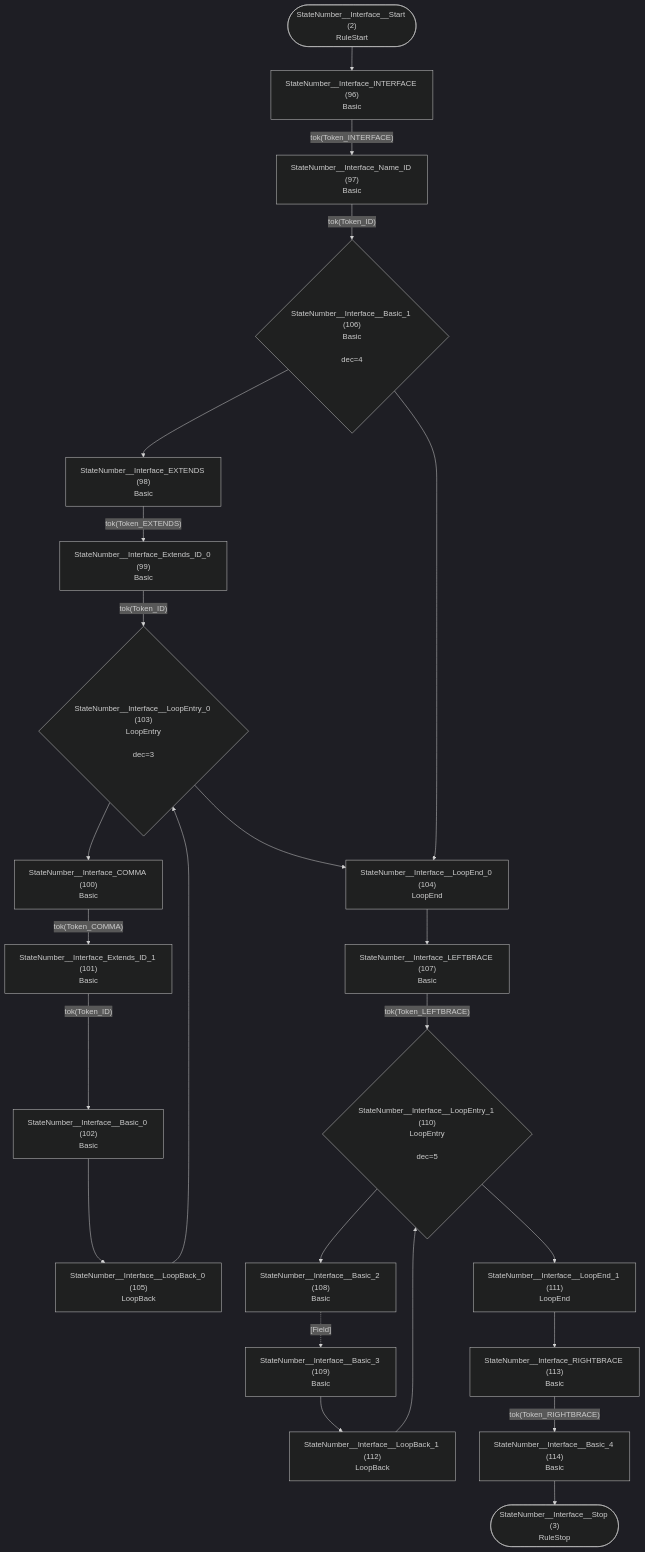
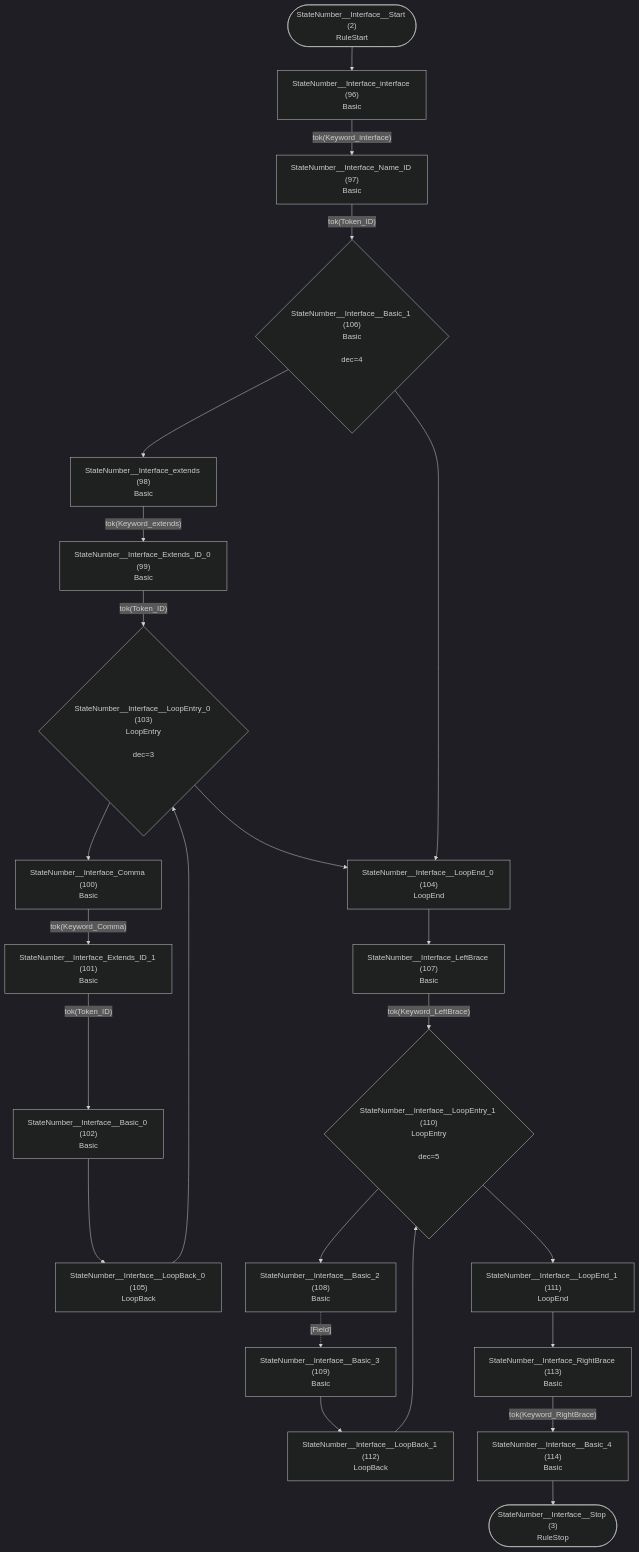
The second of 37 diagrams in internal/grammar/atn.md (TypeFox/fastbelt), drawn with Mermaid (dark theme) before and after one commit. The commit also changed other lines of this file and 7 other files, not shown here.

````diff
--- a/internal/grammar/atn.md
+++ b/internal/grammar/atn.md
@@ -66,48 +66,48 @@
 ```mermaid
 flowchart TD
     q2(["StateNumber__Interface__Start (2)<br/>RuleStart"])
     q3(["StateNumber__Interface__Stop (3)<br/>RuleStop"])
-    q96["StateNumber__Interface_INTERFACE (96)<br/>Basic<br/>"]
+    q96["StateNumber__Interface_interface (96)<br/>Basic<br/>"]
     q97["StateNumber__Interface_Name_ID (97)<br/>Basic<br/>"]
-    q98["StateNumber__Interface_EXTENDS (98)<br/>Basic<br/>"]
+    q98["StateNumber__Interface_extends (98)<br/>Basic<br/>"]
     q99["StateNumber__Interface_Extends_ID_0 (99)<br/>Basic<br/>"]
-    q100["StateNumber__Interface_COMMA (100)<br/>Basic<br/>"]
+    q100["StateNumber__Interface_Comma (100)<br/>Basic<br/>"]
     q101["StateNumber__Interface_Extends_ID_1 (101)<br/>Basic<br/>"]
     q102["StateNumber__Interface__Basic_0 (102)<br/>Basic<br/>"]
     q103{"StateNumber__Interface__LoopEntry_0 (103)<br/>LoopEntry<br/><br/>dec=3"}
     q104["StateNumber__Interface__LoopEnd_0 (104)<br/>LoopEnd<br/>"]
     q105["StateNumber__Interface__LoopBack_0 (105)<br/>LoopBack<br/>"]
     q106{"StateNumber__Interface__Basic_1 (106)<br/>Basic<br/><br/>dec=4"}
-    q107["StateNumber__Interface_LEFTBRACE (107)<br/>Basic<br/>"]
+    q107["StateNumber__Interface_LeftBrace (107)<br/>Basic<br/>"]
     q108["StateNumber__Interface__Basic_2 (108)<br/>Basic<br/>"]
     q109["StateNumber__Interface__Basic_3 (109)<br/>Basic<br/>"]
     q110{"StateNumber__Interface__LoopEntry_1 (110)<br/>LoopEntry<br/><br/>dec=5"}
     q111["StateNumber__Interface__LoopEnd_1 (111)<br/>LoopEnd<br/>"]
     q112["StateNumber__Interface__LoopBack_1 (112)<br/>LoopBack<br/>"]
-    q113["StateNumber__Interface_RIGHTBRACE (113)<br/>Basic<br/>"]
+    q113["StateNumber__Interface_RightBrace (113)<br/>Basic<br/>"]
     q114["StateNumber__Interface__Basic_4 (114)<br/>Basic<br/>"]
 
     q2 --> q96
-    q96 -->|"tok(Token_INTERFACE)"| q97
+    q96 -->|"tok(Keyword_interface)"| q97
     q97 -->|"tok(Token_ID)"| q106
-    q98 -->|"tok(Token_EXTENDS)"| q99
+    q98 -->|"tok(Keyword_extends)"| q99
     q99 -->|"tok(Token_ID)"| q103
-    q100 -->|"tok(Token_COMMA)"| q101
+    q100 -->|"tok(Keyword_Comma)"| q101
     q101 -->|"tok(Token_ID)"| q102
     q102 --> q105
     q103 --> q100
     q103 --> q104
     q104 --> q107
     q105 --> q103
     q106 --> q98
     q106 --> q104
-    q107 -->|"tok(Token_LEFTBRACE)"| q110
+    q107 -->|"tok(Keyword_LeftBrace)"| q110
     q108 -.->|"[Field]"| q109
     q109 --> q112
     q110 --> q108
     q110 --> q111
     q111 --> q113
     q112 --> q110
-    q113 -->|"tok(Token_RIGHTBRACE)"| q114
+    q113 -->|"tok(Keyword_RightBrace)"| q114
     q114 --> q3
 ```
````
